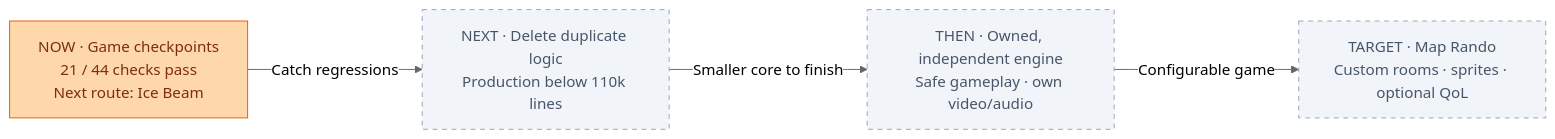
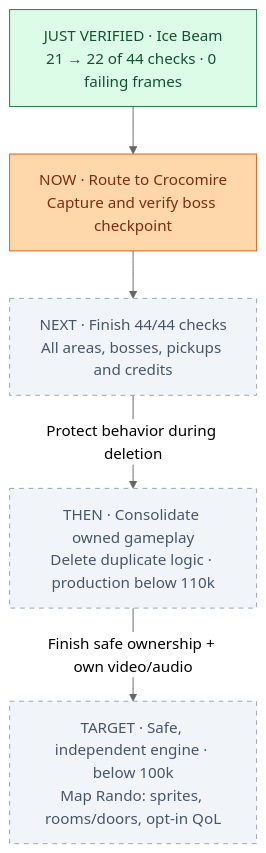
The diagram in PROGRESS.md (JimLundin/sm-decomp), drawn with Mermaid (neutral theme) before and after one commit. The commit also changed other lines of this file and 4 other files, not shown here.

First line of the commit message:
corpus: qualify Ice Beam; 731 frames, zero failures, 22/44 checks

````diff
--- a/PROGRESS.md
+++ b/PROGRESS.md
@@ -3,12 +3,14 @@
 ```mermaid
-flowchart LR
-    NOW["NOW · Game checkpoints<br/>21 / 44 checks pass<br/>Next route: Ice Beam"]:::active
-    NEXT["NEXT · Delete duplicate logic<br/>Production below 110k lines"]:::pending
-    GAIN["THEN · Owned, independent engine<br/>Safe gameplay · own video/audio"]:::pending
-    TARGET["TARGET · Map Rando<br/>Custom rooms · sprites · optional QoL"]:::pending
-    NOW -->|Catch regressions| NEXT
-    NEXT -->|Smaller core to finish| GAIN
-    GAIN -->|Configurable game| TARGET
+flowchart TB
+    DONE["JUST VERIFIED · Ice Beam<br/>21 → 22 of 44 checks · 0 failing frames"]:::done
+    NOW["NOW · Route to Crocomire<br/>Capture and verify boss checkpoint"]:::active
+    NEXT["NEXT · Finish 44/44 checks<br/>All areas, bosses, pickups and credits"]:::pending
+    DELETE["THEN · Consolidate owned gameplay<br/>Delete duplicate logic · production below 110k"]:::pending
+    TARGET["TARGET · Safe, independent engine · below 100k<br/>Map Rando: sprites, rooms/doors, opt-in QoL"]:::pending
+    DONE --> NOW --> NEXT
+    NEXT -->|Protect behavior during deletion| DELETE
+    DELETE -->|Finish safe ownership + own video/audio| TARGET
+    classDef done fill:#dcfce7,stroke:#15803d,color:#14532d
     classDef active fill:#fed7aa,stroke:#ea580c,color:#7c2d12
     classDef pending fill:#f1f5f9,stroke:#94a3b8,color:#475569,stroke-dasharray:5 5
 ```
````
